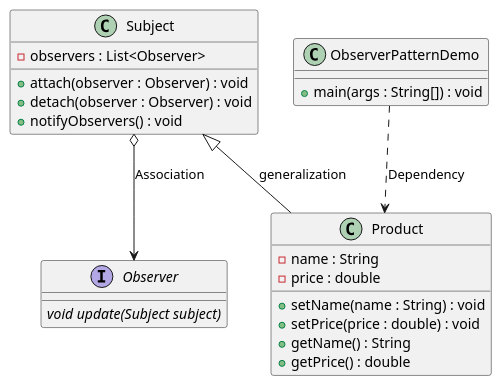
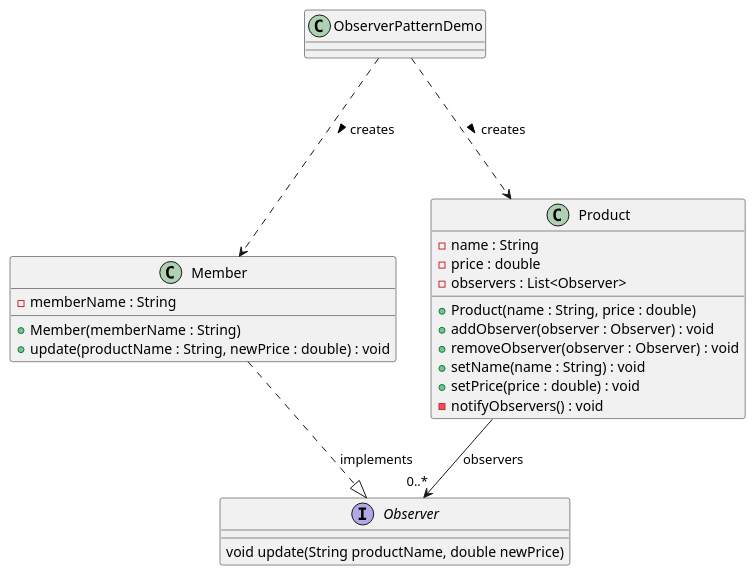
The diagram in src/main/java/com/example/homework/Observer_pattern/Observer_pattern.puml (xiwuqi/Software-design-homework), drawn with PlantUML before and after one commit. The commit also changed 5 other files, not shown here.

```diff
--- a/src/main/java/com/example/homework/Observer_pattern/Observer_pattern.puml
+++ b/src/main/java/com/example/homework/Observer_pattern/Observer_pattern.puml
@@ -1,35 +1,36 @@
 @startuml
 
-' 定义界面或抽象类
 interface Observer {
-    {abstract} void update(Subject subject)
+    void update(String productName, double newPrice)
 }
 
-class Subject {
-    -observers : List<Observer>
-    +attach(observer : Observer) : void
-    +detach(observer : Observer) : void
-    +notifyObservers() : void
+class Member {
+    - memberName : String
+    __
+    + Member(memberName : String)
+    + update(productName : String, newPrice : double) : void
 }
 
-' 实体类
 class Product {
-    -name : String
-    -price : double
-    +setName(name : String) : void
-    +setPrice(price : double) : void
-    +getName() : String
-    +getPrice() : double
+    - name : String
+    - price : double
+    - observers : List<Observer>
+    __
+    + Product(name : String, price : double)
+    + addObserver(observer : Observer) : void
+    + removeObserver(observer : Observer) : void
+    + setName(name : String) : void
+    + setPrice(price : double) : void
+    - notifyObservers() : void
 }
 
-' 测试类
 class ObserverPatternDemo {
-    +main(args : String[]) : void
 }
 
-' 关系
-Subject <|-down- Product : generalization
-Subject o-down-> Observer : Association
-ObserverPatternDemo ..> Product : Dependency
+Member ..|> Observer : implements
+Product --> "0..*" Observer : observers
+ObserverPatternDemo ..-> Member : creates >
+ObserverPatternDemo ..-> Product : creates >
+
 
 @enduml
```
